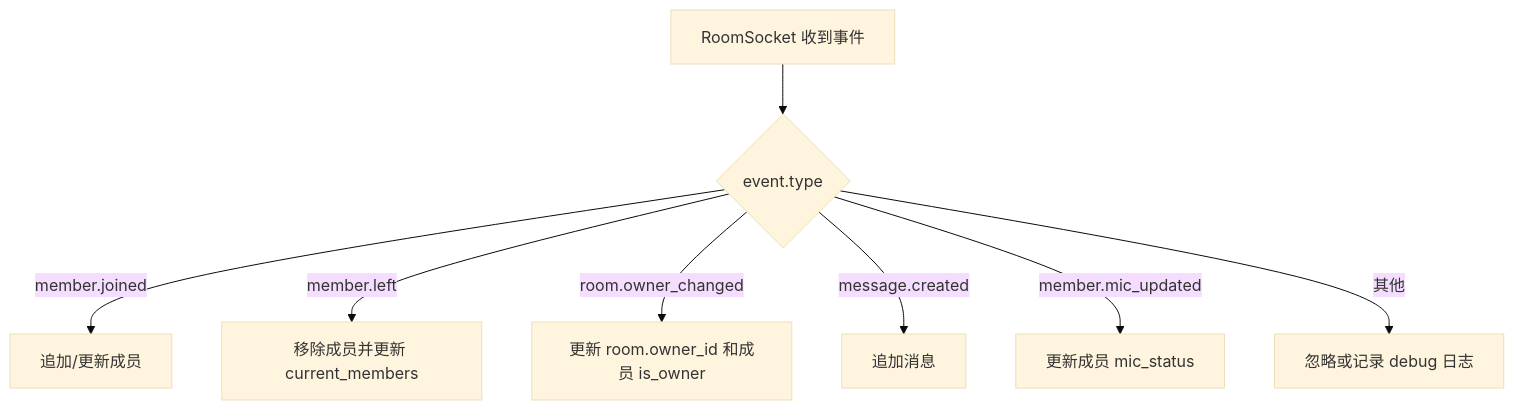
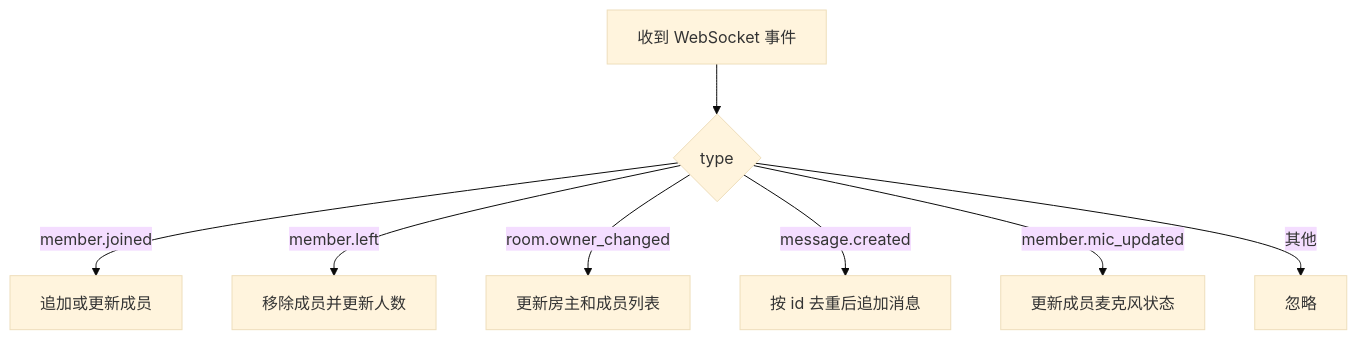
Before and after one commit to DancingCodes/room-app: the sixth of 9 diagrams in docs/客户端逻辑设计.md, drawn with Mermaid (base theme). The commit also changed other lines of this file and 1 other file, not shown here.

````diff
--- a/docs/客户端逻辑设计.md
+++ b/docs/客户端逻辑设计.md
@@ -177,10 +105,10 @@
 ```mermaid
 flowchart TD
-    A[RoomSocket 收到事件] --> B{event.type}
-    B -- member.joined --> C[追加/更新成员]
-    B -- member.left --> D[移除成员并更新 current_members]
-    B -- room.owner_changed --> E[更新 room.owner_id 和成员 is_owner]
-    B -- message.created --> F[追加消息]
-    B -- member.mic_updated --> G[更新成员 mic_status]
-    B -- 其他 --> H[忽略或记录 debug 日志]
+    A[收到 WebSocket 事件] --> B{type}
+    B -- member.joined --> C[追加或更新成员]
+    B -- member.left --> D[移除成员并更新人数]
+    B -- room.owner_changed --> E[更新房主和成员列表]
+    B -- message.created --> F[按 id 去重后追加消息]
+    B -- member.mic_updated --> G[更新成员麦克风状态]
+    B -- 其他 --> H[忽略]
 ```
````
